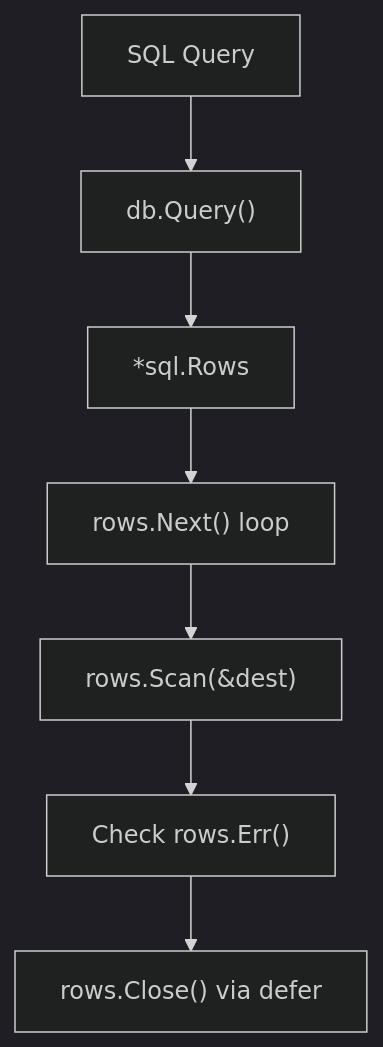
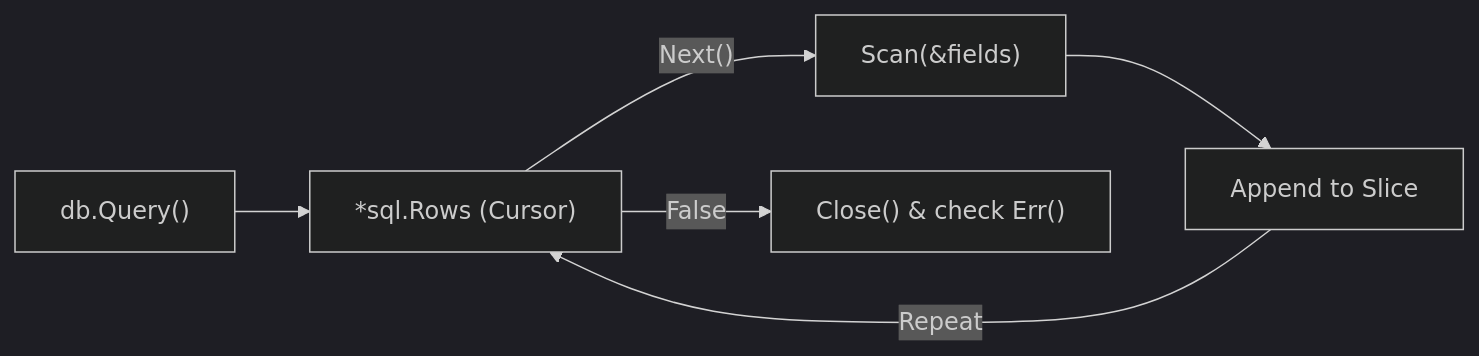
The diagram in 06-backend-db/01-web-and-database/databases/3-select/README.md (swe-labs/the-go-engineer), drawn with Mermaid (dark theme) before and after one commit. The commit also changed other lines of this file and 426 other files, not shown here.

````diff
--- a/06-backend-db/01-web-and-database/databases/3-select/README.md
+++ b/06-backend-db/01-web-and-database/databases/3-select/README.md
@@ -22,9 +24,8 @@
 ```mermaid
-graph TD
-    A["SQL Query"] --> B["db.Query()"]
-    B --> C["*sql.Rows"]
-    C --> D["rows.Next() loop"]
-    D --> E["rows.Scan(&dest)"]
-    E --> F["Check rows.Err()"]
-    F --> G["rows.Close() via defer"]
+graph LR
+    A["db.Query()"] --> B["*sql.Rows (Cursor)"]
+    B -- "Next()" --> C["Scan(&fields)"]
+    C --> D["Append to Slice"]
+    D -- "Repeat" --> B
+    B -- "False" --> E["Close() & check Err()"]
 ```
````
